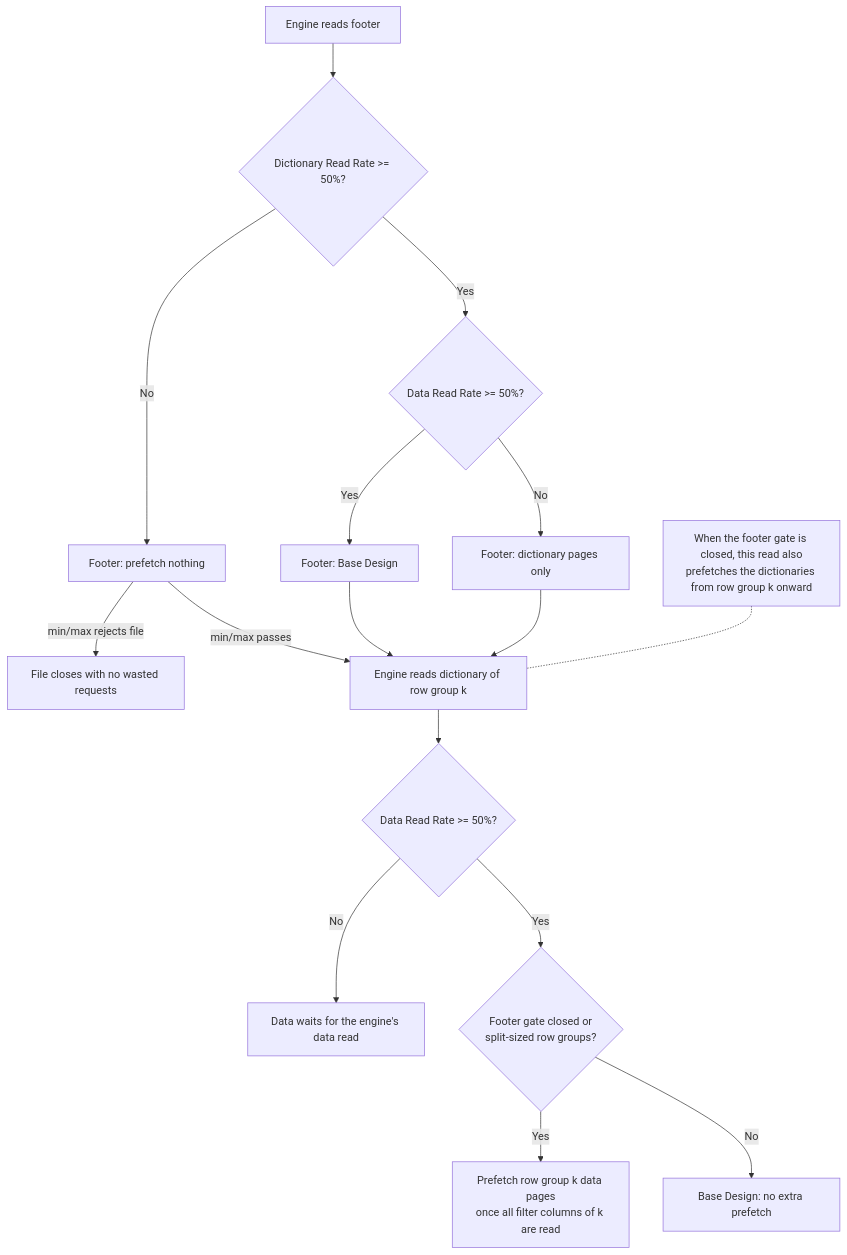
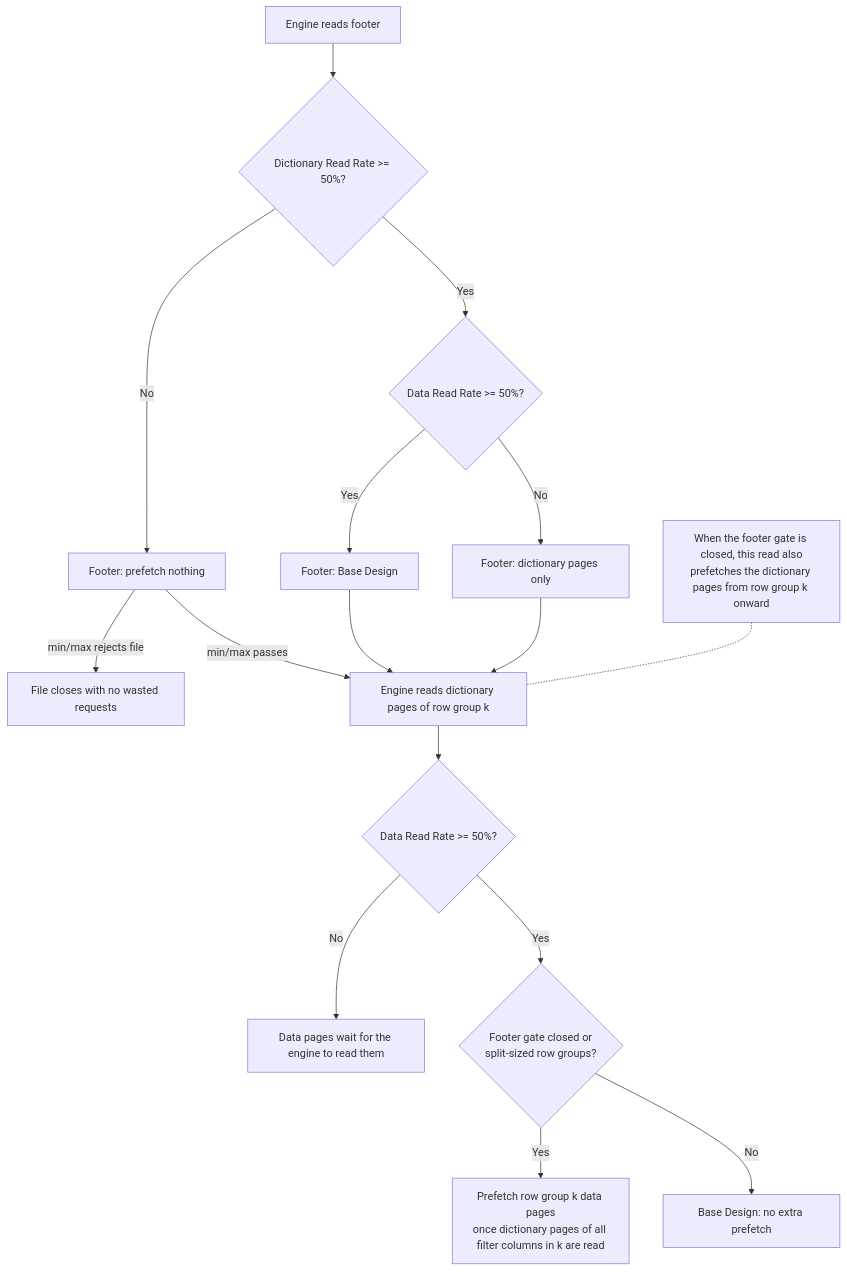
One commit to prudhvimaharishi/gcs-analytics-core changed the fifth of 8 diagrams in .agents/predictive_prefetching_design_doc.md. Above: the diagram before and after it, drawn with Mermaid. The commit also changed other lines of this file, not shown here.

````diff
--- a/.agents/predictive_prefetching_design_doc.md
+++ b/.agents/predictive_prefetching_design_doc.md
@@ -229,19 +228,19 @@
 ```mermaid
 flowchart TD
     Footer["Engine reads footer"] --> G1{"Dictionary Read Rate >= 50%?"}
     G1 -- "Yes" --> G2{"Data Read Rate >= 50%?"}
     G2 -- "Yes" --> FBase["Footer: Base Design"]
     G2 -- "No" --> FDict["Footer: dictionary pages only"]
     G1 -- "No" --> FNone["Footer: prefetch nothing"]
     FNone -- "min/max rejects file" --> Closed["File closes with no wasted requests"]
-    FNone -- "min/max passes" --> Dict["Engine reads dictionary of row group k"]
+    FNone -- "min/max passes" --> Dict["Engine reads dictionary pages of row group k"]
     FBase --> Dict
     FDict --> Dict
     Dict --> G3{"Data Read Rate >= 50%?"}
-    G3 -- "No" --> Hold["Data waits for the engine's data read"]
+    G3 -- "No" --> Hold["Data pages wait for the engine to read them"]
     G3 -- "Yes" --> G4{"Footer gate closed or<br/>split-sized row groups?"}
-    G4 -- "Yes" --> DataK["Prefetch row group k data pages<br/>once all filter columns of k are read"]
+    G4 -- "Yes" --> DataK["Prefetch row group k data pages<br/>once dictionary pages of all filter columns in k are read"]
     G4 -- "No" --> Base["Base Design: no extra prefetch"]
-    NoteDict["When the footer gate is closed, this read also<br/>prefetches the dictionaries from row group k onward"]
+    NoteDict["When the footer gate is closed, this read also<br/>prefetches the dictionary pages from row group k onward"]
     NoteDict -.- Dict
 ```
````
